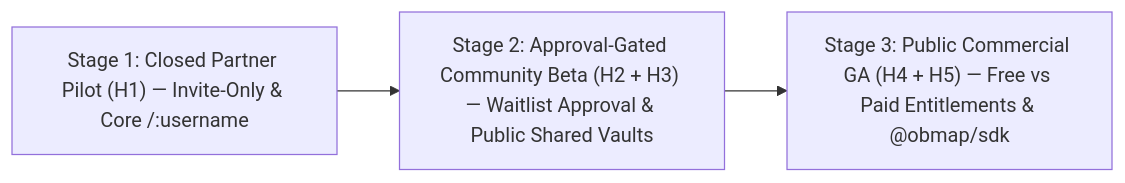
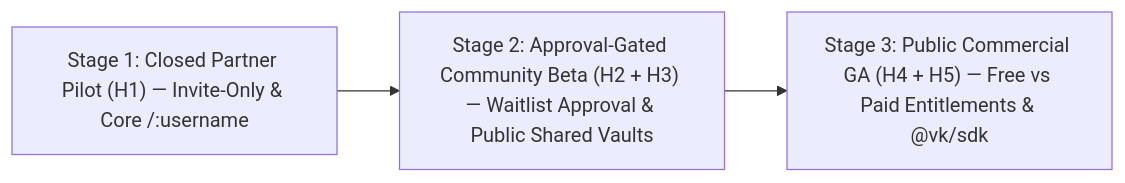
One commit to mjd-code/obmap-meed changed the diagram in docs/00-meta/00-2-quovadis.md. Above: the diagram before and after it, drawn with Mermaid. The commit also changed other lines of this file and 219 other files, not shown here.

````diff
--- a/docs/00-meta/00-2-quovadis.md
+++ b/docs/00-meta/00-2-quovadis.md
@@ -93,5 +93,5 @@
 ```mermaid
 flowchart LR
     S1["Stage 1: Closed Partner Pilot (H1) — Invite-Only & Core /:username"] --> S2["Stage 2: Approval-Gated Community Beta (H2 + H3) — Waitlist Approval & Public Shared Vaults"]
-    S2 --> S3["Stage 3: Public Commercial GA (H4 + H5) — Free vs Paid Entitlements & @obmap/sdk"]
+    S2 --> S3["Stage 3: Public Commercial GA (H4 + H5) — Free vs Paid Entitlements & @vk/sdk"]
 ```
````
